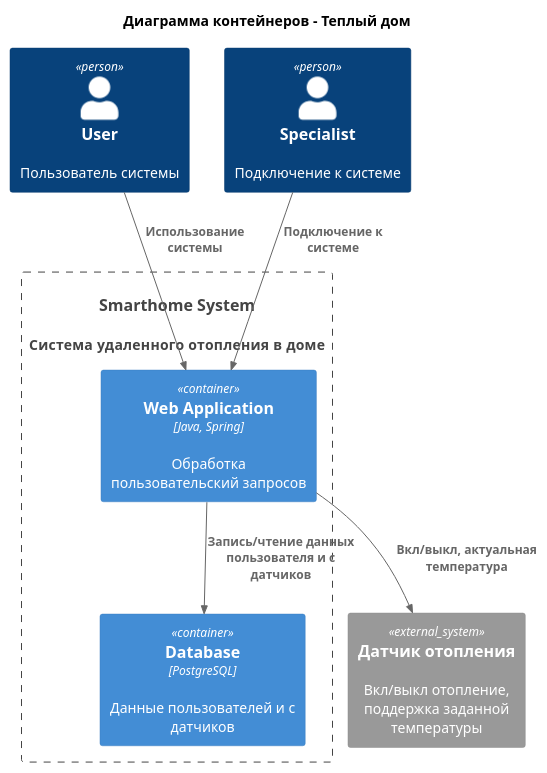
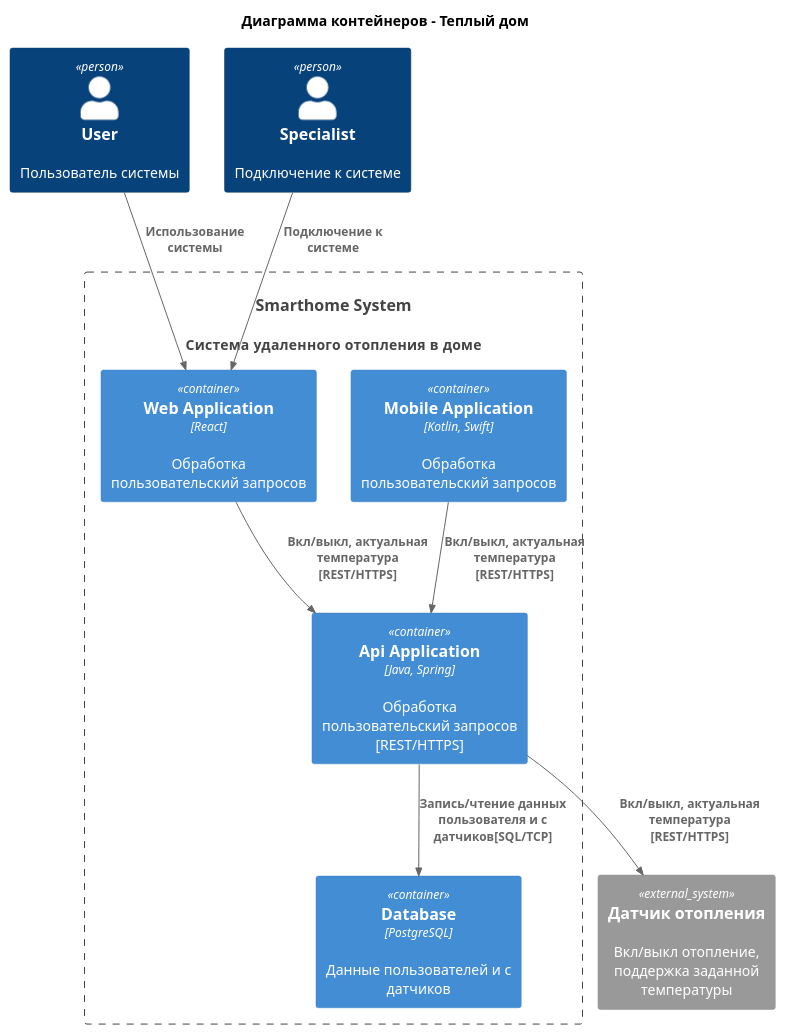
The diagram in diagrams/task1/task1_container.puml (fireflysmk/architecture-sprint-3), drawn with PlantUML before and after one commit. The commit also changed 6 other files, not shown here.

```diff
--- a/diagrams/task1/task1_container.puml
+++ b/diagrams/task1/task1_container.puml
@@ -1,23 +1,27 @@
 @startuml
 title Диаграмма контейнеров - Теплый дом
 
 top to bottom direction
 
 !includeurl https://raw.githubusercontent.com/RicardoNiepel/C4-PlantUML/master/C4_Component.puml
 
 Person(user, "User", "Пользователь системы")
 Person(specialist, "Specialist", "Подключение к системе")
 System(SmartHomeSystem, "Smarthome System", "Система  удаленного  отопления в доме")
 
 Container_Boundary(SmartHomeSystem, "Smarthome System") {
-  Container(WebApp, "Web Application", "Java, Spring", "Обработка пользовательский запросов")
+  Container(MobileApp, "Mobile Application", "Kotlin, Swift", "Обработка пользовательский запросов")
+  Container(WebApp, "Web Application", "React", "Обработка пользовательский запросов")
+  Container(ApiApplication, "Api Application", "Java, Spring", "Обработка пользовательский запросов [REST/HTTPS]")
   Container(Database, "Database", "PostgreSQL", "Данные пользователей и с датчиков")
 }
 
 System_Ext(sensor, "Датчик отопления", "Вкл/выкл отопление, поддержка заданной температуры")
 
 Rel(user, WebApp, "Использование системы")
 Rel(specialist,WebApp, "Подключение к системе")
-Rel(WebApp,sensor, "Вкл/выкл, актуальная температура")
-Rel(WebApp,Database,"Запись/чтение данных пользователя и с датчиков")
+Rel(WebApp,ApiApplication, "Вкл/выкл, актуальная температура [REST/HTTPS]")
+Rel(MobileApp,ApiApplication, "Вкл/выкл, актуальная температура [REST/HTTPS]")
+Rel(ApiApplication,sensor, "Вкл/выкл, актуальная температура [REST/HTTPS]")
+Rel(ApiApplication,Database,"Запись/чтение данных пользователя и с датчиков[SQL/TCP]")
 @enduml
```
